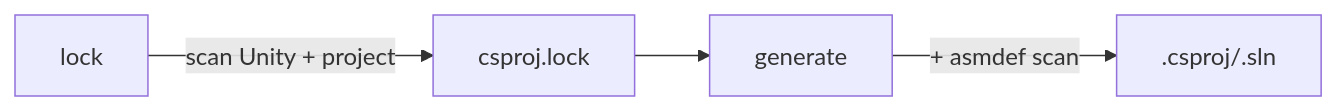
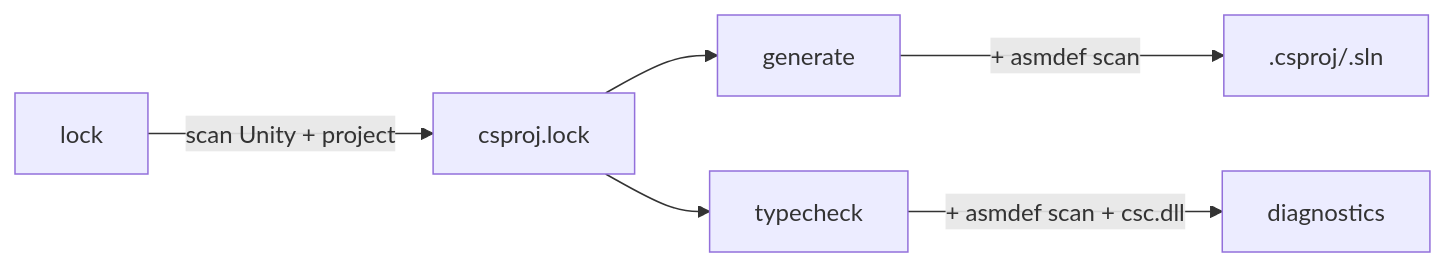
Before and after one commit to studio-boxcat/unity-solution-generator: the diagram in CLAUDE.md, drawn with Mermaid. The commit also changed other lines of this file and 1 other file, not shown here.

````diff
--- a/CLAUDE.md
+++ b/CLAUDE.md
@@ -75,6 +75,8 @@
 ```mermaid
 graph LR
     A[lock] -->|scan Unity + project| B[csproj.lock]
     B --> C[generate]
+    B --> T[typecheck]
     C -->|+ asmdef scan| D[.csproj/.sln]
+    T -->|+ asmdef scan + csc.dll| E[diagnostics]
 ```
````
